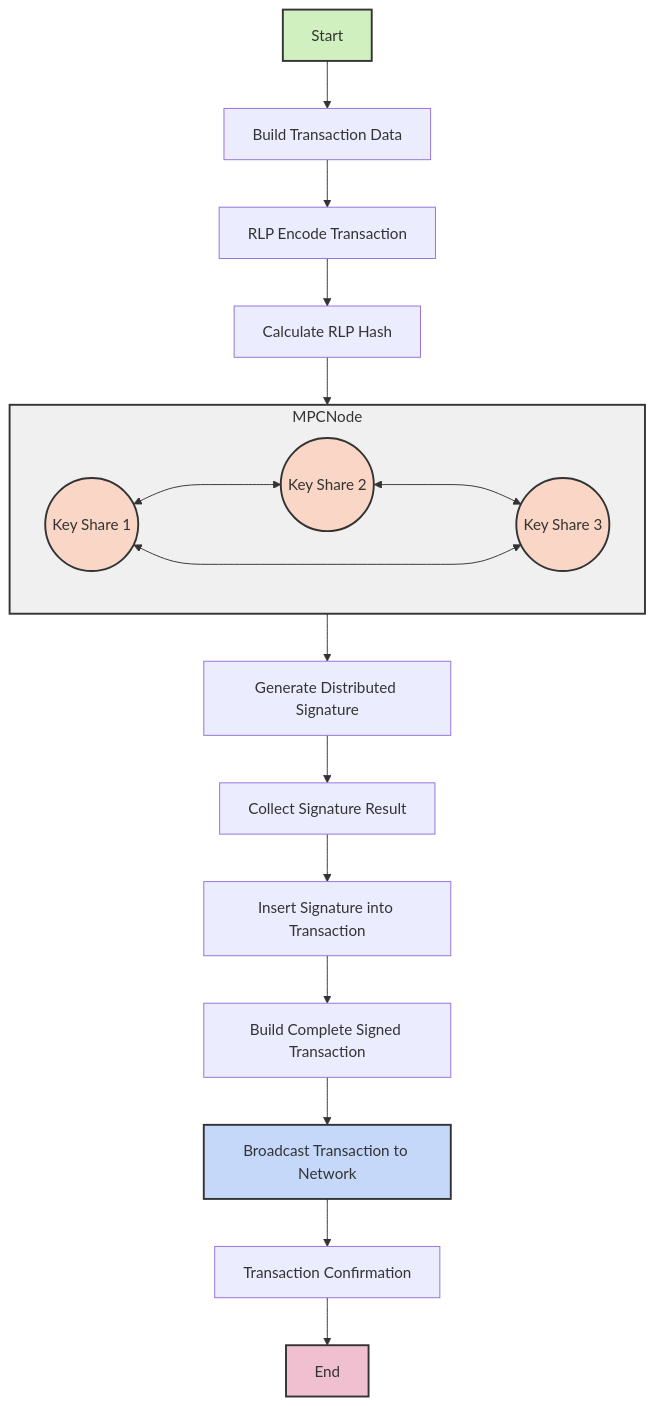
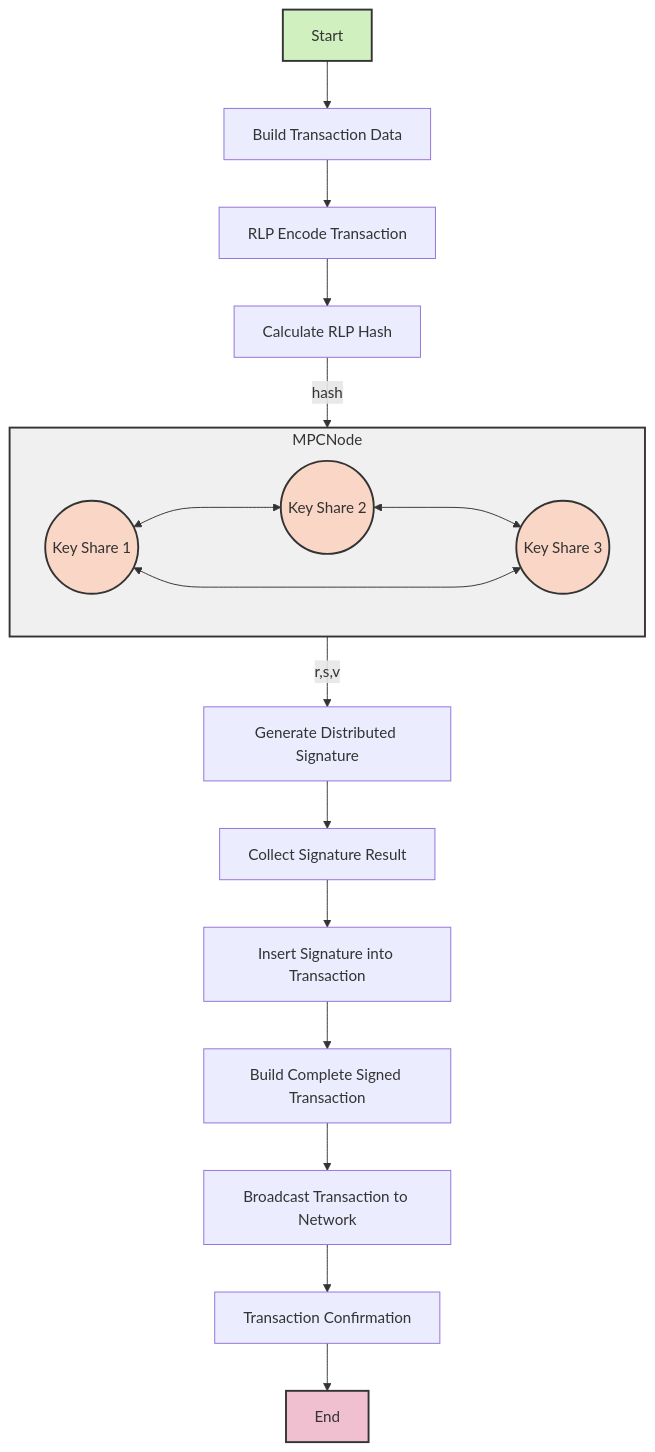
One commit to myronzhangweb3/binance-tss-mpc-demo changed the diagram in README.md. Above: the diagram before and after it, drawn with Mermaid.

Commit message:
docs(README): Updated project name and added TSS flowchart - changed the project name from "TSS Demo Project" to "Binance TSS Demo Project"
- Added a TSS flowchart in the README, illustrating the TSS signing process

- Updated links in the relevant technical sections

- Modified code examples and renamed some functions for improved readability

````diff
--- a/README.md
+++ b/README.md
@@ -9,30 +9,29 @@
 ```mermaid
 flowchart TD
     A[Start] --> B[Build Transaction Data]
     B --> C[RLP Encode Transaction]
     C --> D[Calculate RLP Hash]
 
-    D --> MPCNode[MPC Signing Network]
+    D --hash--> MPCNode[MPC Signing Network]
 
     subgraph MPCNode
         direction LR
         N1((Key Share 1)) <---> N2((Key Share 2)) <---> N3((Key Share 3))
         N1 <---> N3
     end
 
-    MPCNode --> E[Generate Distributed Signature]
+    MPCNode --r,s,v--> E[Generate Distributed Signature]
     E --> F[Collect Signature Result]
     F --> G[Insert Signature into Transaction]
     G --> H[Build Complete Signed Transaction]
     H --> I[Broadcast Transaction to Network]
     I --> J[Transaction Confirmation]
     J --> K[End]
 
     style A fill:#d0f0c0,stroke:#333,stroke-width:2px
     style MPCNode fill:#f0f0f0,stroke:#333,stroke-width:2px
     style N1 fill:#f9d6c5,stroke:#333,stroke-width:2px,shape:circle
     style N2 fill:#f9d6c5,stroke:#333,stroke-width:2px,shape:circle
     style N3 fill:#f9d6c5,stroke:#333,stroke-width:2px,shape:circle
-    style I fill:#c5d8f9,stroke:#333,stroke-width:2px
     style K fill:#f0c0d0,stroke:#333,stroke-width:2px
 ```
````
